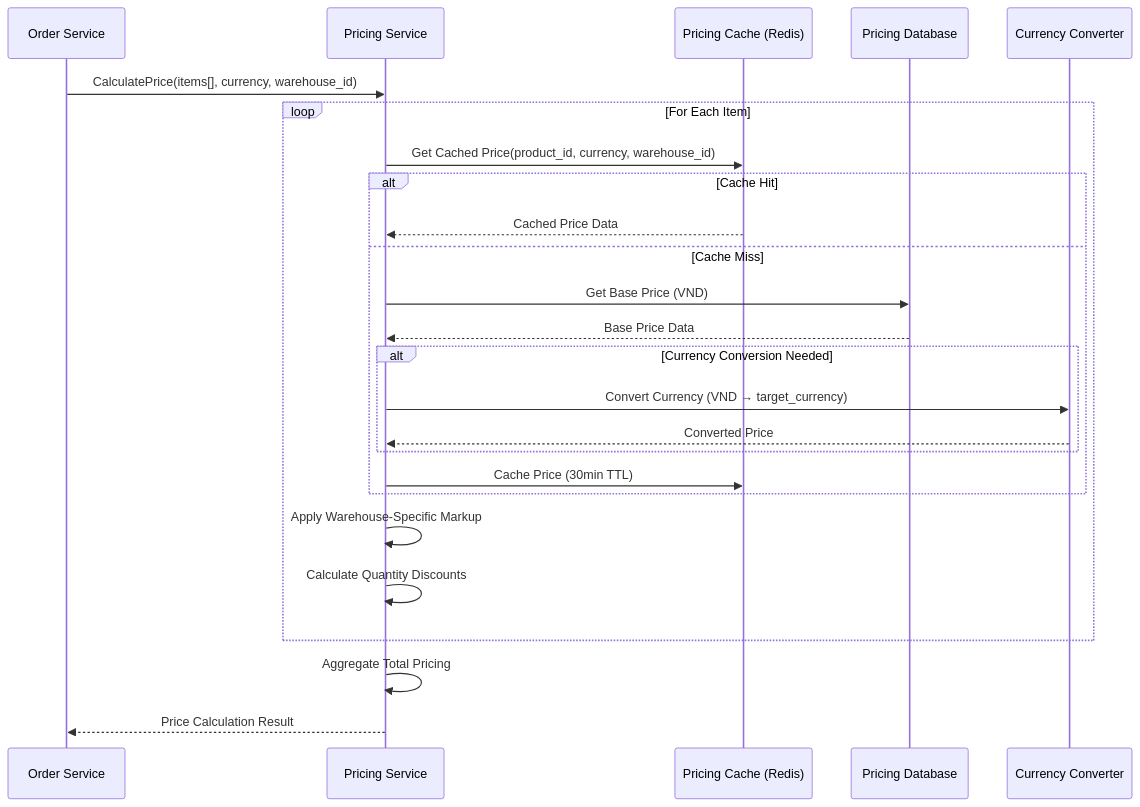
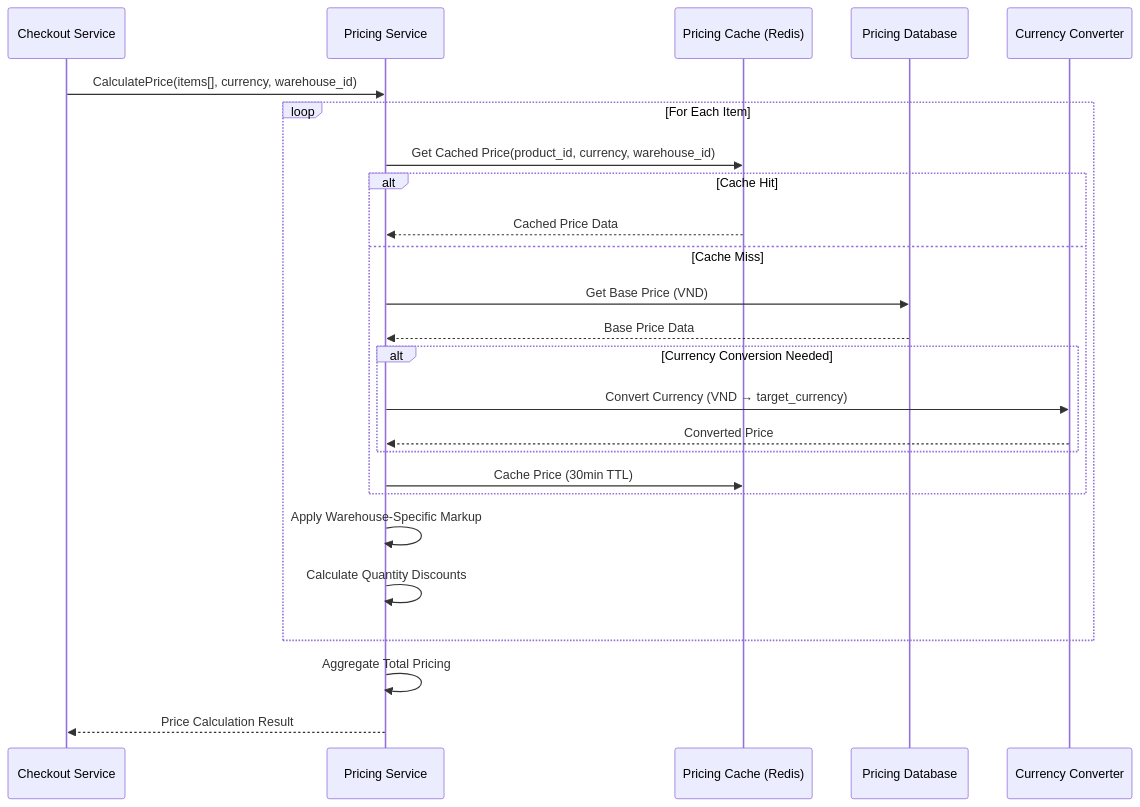
Before and after one commit to vesviet/Composable-Commerce-Service-Architecture: the sixth of 9 diagrams in 02-business-domains/commerce/order-management.md, drawn with Mermaid. The commit also changed other lines of this file and 5 other files, not shown here.

````diff
--- a/02-business-domains/commerce/order-management.md
+++ b/02-business-domains/commerce/order-management.md
@@ -202,33 +320,33 @@
 ```mermaid
 sequenceDiagram
-    participant O as Order Service
+    participant CS as Checkout Service
     participant P as Pricing Service
     participant PC as Pricing Cache (Redis)
     participant PDB as Pricing Database
     participant CC as Currency Converter
     
-    O->>P: CalculatePrice(items[], currency, warehouse_id)
+    CS->>P: CalculatePrice(items[], currency, warehouse_id)
     
     loop For Each Item
         P->>PC: Get Cached Price(product_id, currency, warehouse_id)
         alt Cache Hit
             PC-->>P: Cached Price Data
         else Cache Miss
             P->>PDB: Get Base Price (VND)
             PDB-->>P: Base Price Data
             
             alt Currency Conversion Needed
                 P->>CC: Convert Currency (VND → target_currency)
                 CC-->>P: Converted Price
             end
             
             P->>PC: Cache Price (30min TTL)
         end
         
         P->>P: Apply Warehouse-Specific Markup
         P->>P: Calculate Quantity Discounts
     end
     
     P->>P: Aggregate Total Pricing
-    P-->>O: Price Calculation Result
+    P-->>CS: Price Calculation Result
 ```
````
